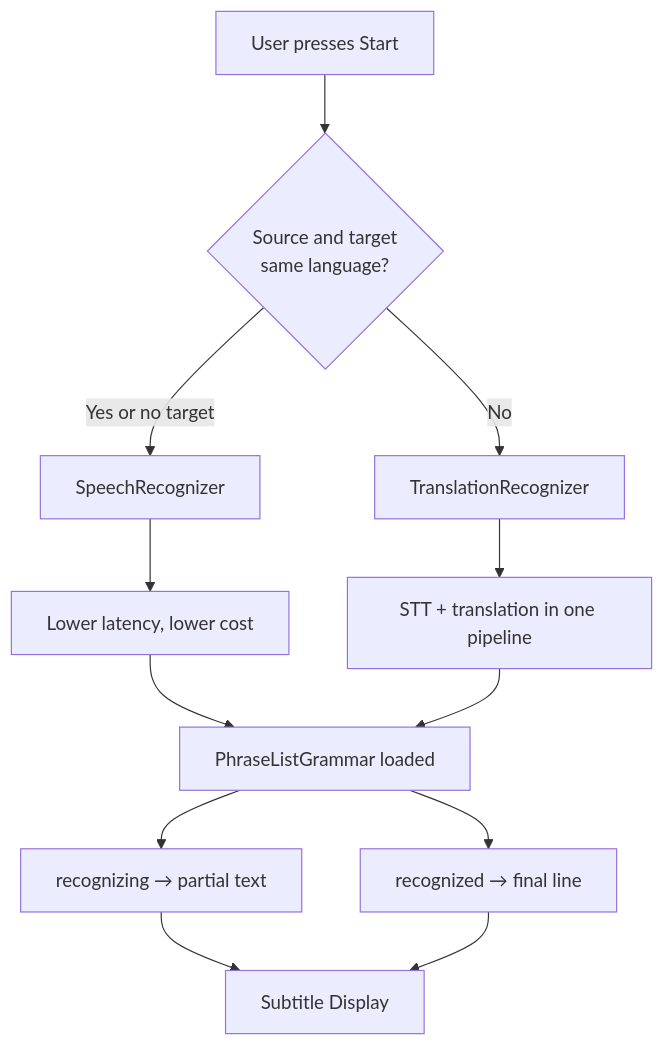
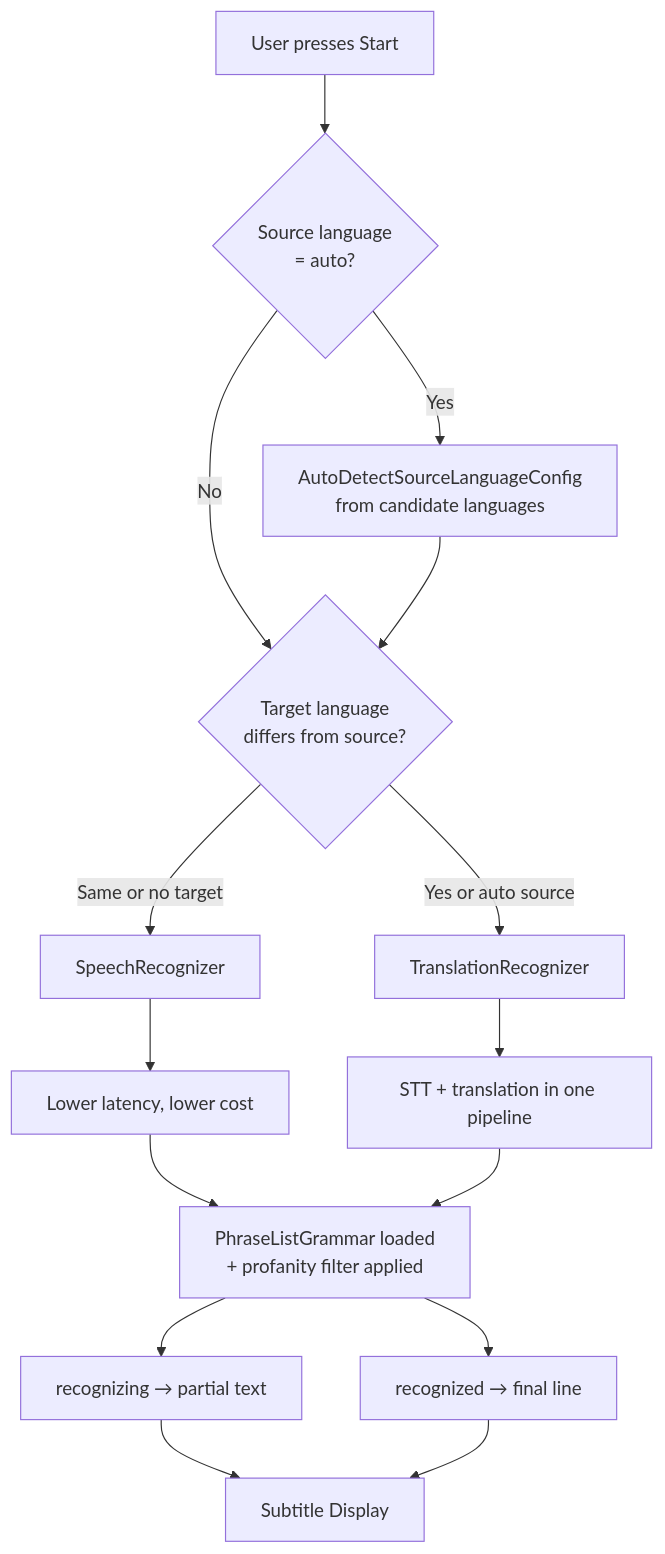
Before and after one commit to expertslive/livesubs: the second of 6 diagrams in README.md, drawn with Mermaid. The commit also changed other lines of this file and 12 other files, not shown here.

````diff
--- a/README.md
+++ b/README.md
@@ -29,14 +29,17 @@
 ```mermaid
 flowchart TD
-    A[User presses Start] --> B{Source and target\nsame language?}
-    B -->|Yes or no target| C[SpeechRecognizer]
-    B -->|No| D[TranslationRecognizer]
+    A[User presses Start] --> AA{Source language\n= auto?}
+    AA -->|Yes| AB[AutoDetectSourceLanguageConfig\nfrom candidate languages]
+    AA -->|No| B
+    AB --> B{Target language\ndiffers from source?}
+    B -->|Yes or auto source| D[TranslationRecognizer]
+    B -->|Same or no target| C[SpeechRecognizer]
     C --> E[Lower latency, lower cost]
     D --> F[STT + translation in one pipeline]
-    E --> G[PhraseListGrammar loaded]
+    E --> G[PhraseListGrammar loaded\n+ profanity filter applied]
     F --> G
     G --> H[recognizing → partial text]
     G --> I[recognized → final line]
     H --> J[Subtitle Display]
     I --> J
 ```
````
